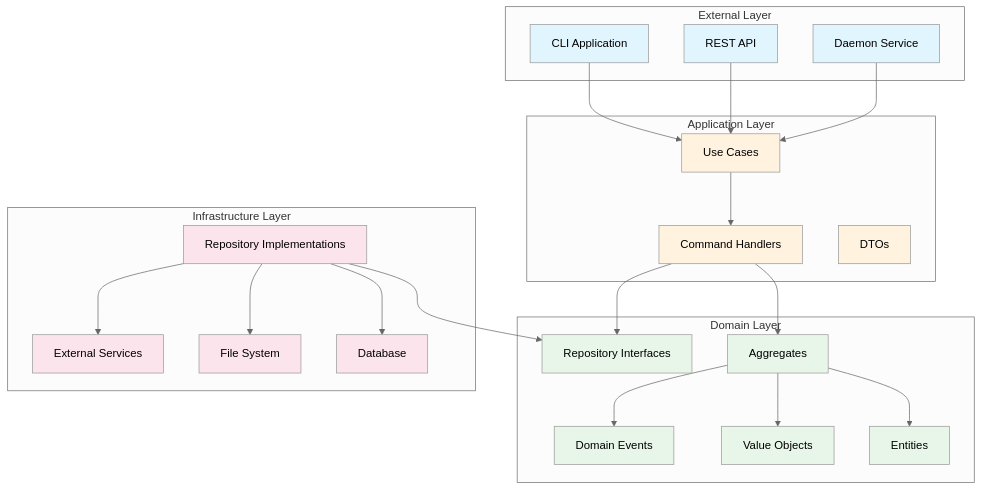
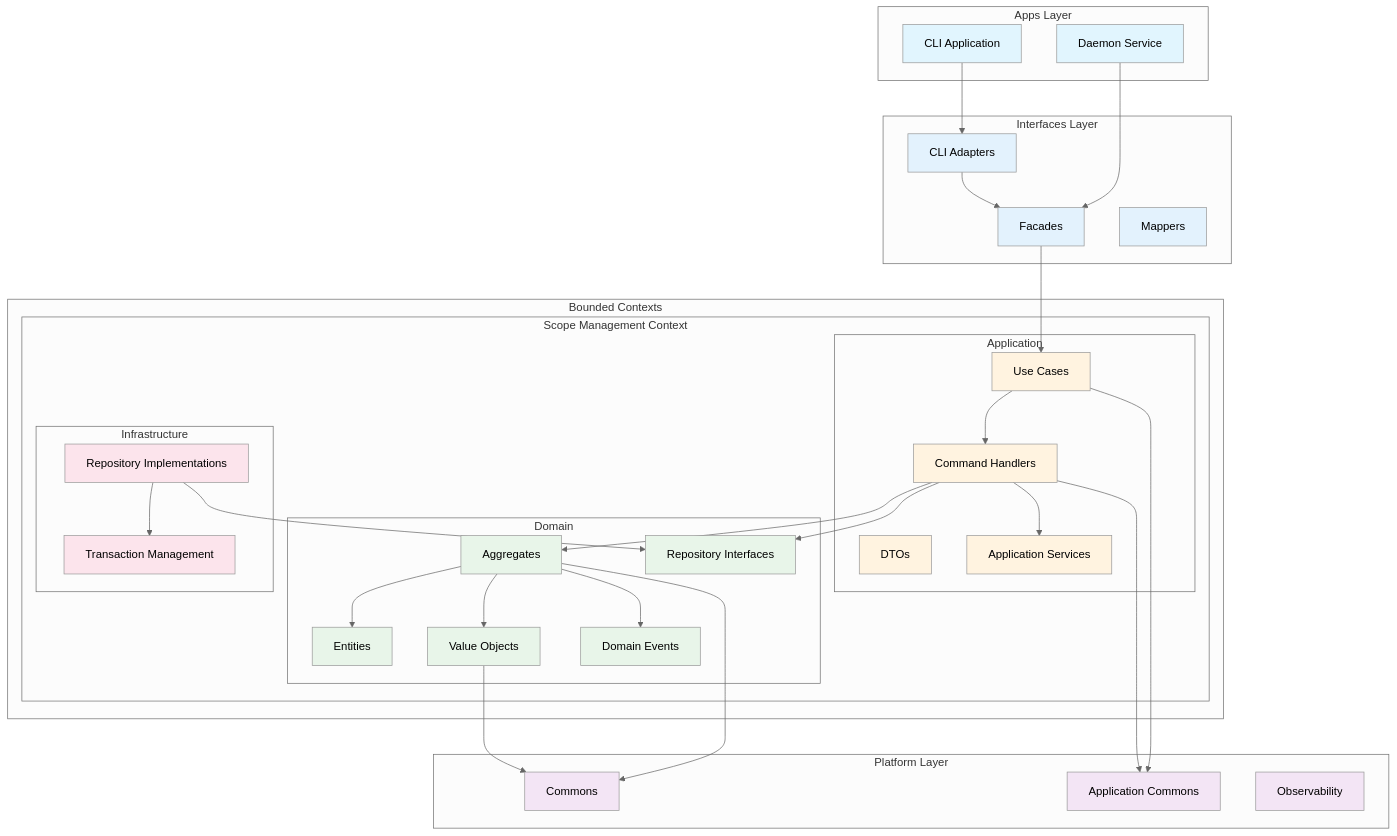
The diagram in docs/explanation/clean-architecture.md (kamiazya/scopes), drawn with Mermaid (neutral theme) before and after one commit. The commit also changed other lines of this file and 2 other files, not shown here.

First line of the commit message:
docs: Update architecture documentation to reflect refactored structure

````diff
--- a/docs/explanation/clean-architecture.md
+++ b/docs/explanation/clean-architecture.md
@@ -9,56 +9,80 @@
 ```mermaid
 graph TB
-    subgraph "External Layer"
+    subgraph "Apps Layer"
         CLI[CLI Application]
-        API[REST API]
         DAEMON[Daemon Service]
     end
     
-    subgraph "Application Layer"
-        UC[Use Cases]
-        CMD[Command Handlers]
-        DTO[DTOs]
+    subgraph "Interfaces Layer"
+        CLIADAPTER[CLI Adapters]
+        FACADE[Facades]
+        MAPPER[Mappers]
     end
     
-    subgraph "Domain Layer"
-        AGG[Aggregates]
-        ENT[Entities]
-        VO[Value Objects]
-        EVT[Domain Events]
-        REPO[Repository Interfaces]
+    subgraph "Bounded Contexts"
+        subgraph "Scope Management Context"
+            subgraph "Application"
+                UC[Use Cases]
+                CMD[Command Handlers]
+                DTO[DTOs]
+                APPSERVICE[Application Services]
+            end
+            
+            subgraph "Domain"
+                AGG[Aggregates]
+                ENT[Entities]
+                VO[Value Objects]
+                EVT[Domain Events]
+                REPO[Repository Interfaces]
+            end
+            
+            subgraph "Infrastructure"
+                IMPL[Repository Implementations]
+                TRANS[Transaction Management]
+            end
+        end
     end
     
-    subgraph "Infrastructure Layer"
-        DB[Database]
-        FS[File System]
-        EXT[External Services]
-        IMPL[Repository Implementations]
+    subgraph "Platform Layer"
+        COMMONS[Commons]
+        APPCOMMONS[Application Commons]
+        OBS[Observability]
     end
     
-    CLI --> UC
-    API --> UC
-    DAEMON --> UC
+    CLI --> CLIADAPTER
+    DAEMON --> FACADE
+    
+    CLIADAPTER --> FACADE
+    FACADE --> UC
     
     UC --> CMD
     CMD --> AGG
     CMD --> REPO
+    CMD --> APPSERVICE
     
     AGG --> ENT
     AGG --> VO
     AGG --> EVT
     
     IMPL --> REPO
-    IMPL --> DB
-    IMPL --> FS
-    IMPL --> EXT
+    IMPL --> TRANS
     
-    classDef external fill:#e1f5fe
+    UC --> APPCOMMONS
+    CMD --> APPCOMMONS
+    AGG --> COMMONS
+    VO --> COMMONS
+    
+    classDef apps fill:#e1f5fe
+    classDef interfaces fill:#e3f2fd
     classDef application fill:#fff3e0
     classDef domain fill:#e8f5e9
     classDef infrastructure fill:#fce4ec
+    classDef platform fill:#f3e5f5
     
-    class CLI,API,DAEMON external
-    class UC,CMD,DTO application
+    class CLI,DAEMON apps
+    class CLIADAPTER,FACADE,MAPPER interfaces
+    class UC,CMD,DTO,APPSERVICE application
     class AGG,ENT,VO,EVT,REPO domain
-    class DB,FS,EXT,IMPL infrastructure
+    class IMPL,TRANS infrastructure
+    class COMMONS,APPCOMMONS,OBS platform
 ```
````
